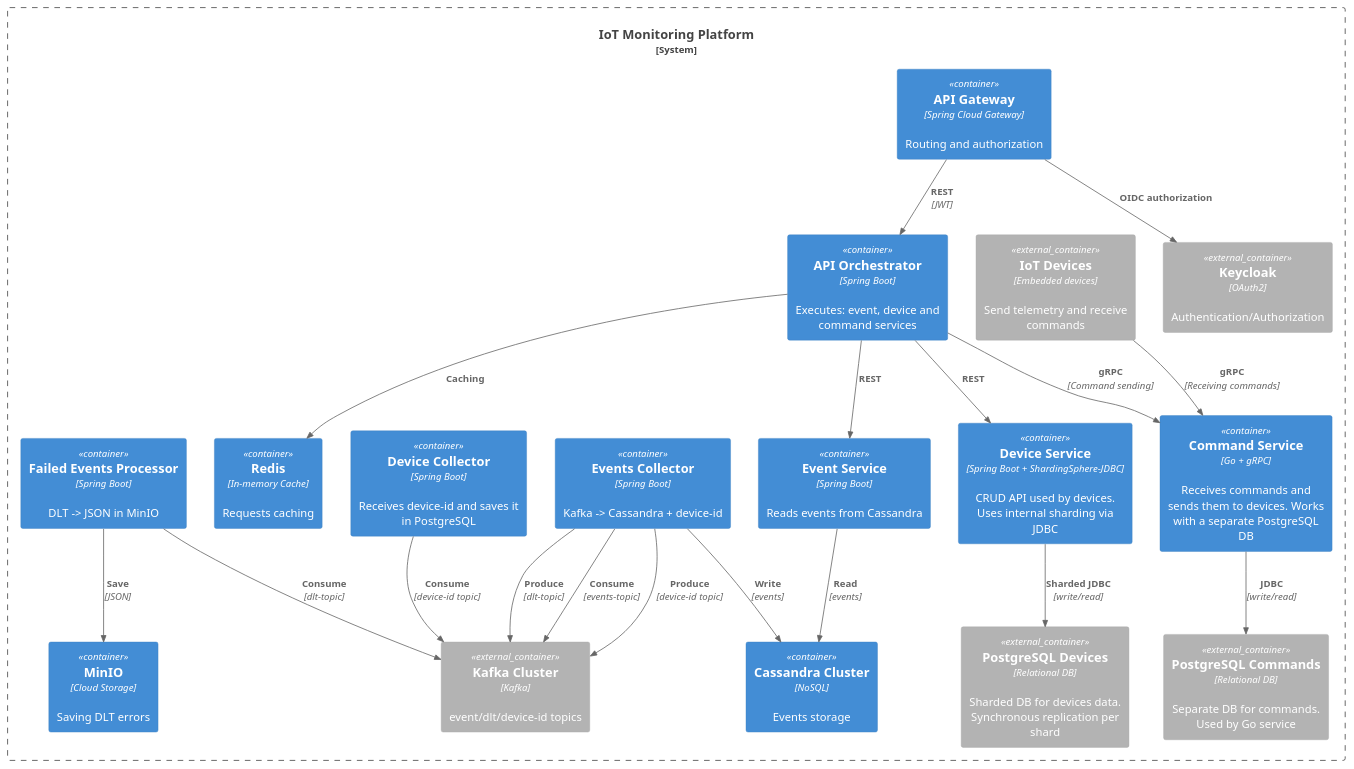
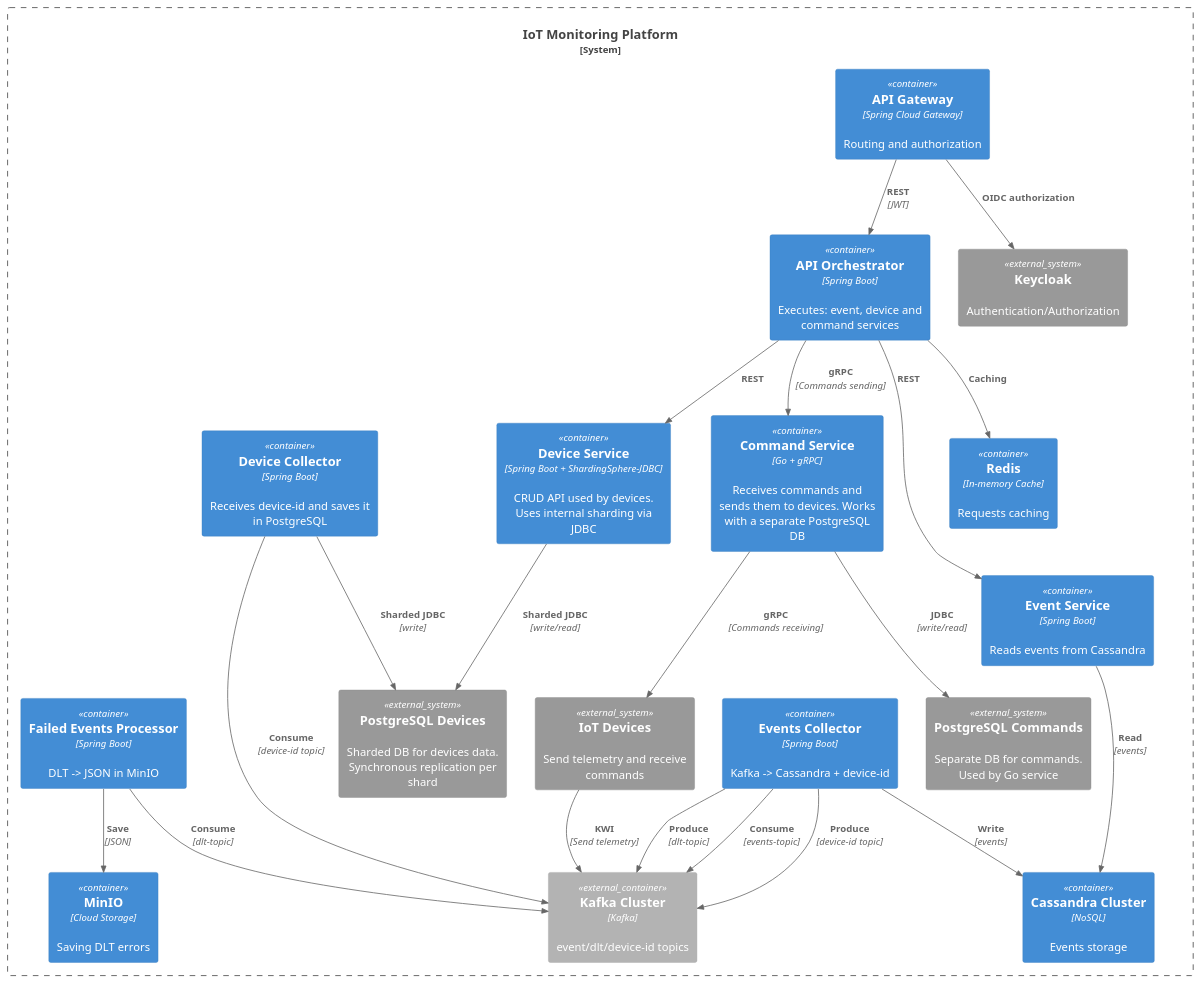
One commit to goracy-kubek/iot-platform-studying changed the diagram in diagrams/containters.puml. Above: the diagram before and after it, drawn with PlantUML.

Commit message:
Update container diagram

```diff
--- a/diagrams/containters.puml
+++ b/diagrams/containters.puml
@@ -1,42 +1,44 @@
 @startuml Context
 !includeurl https://raw.githubusercontent.com/plantuml-stdlib/C4-PlantUML/master/C4_Container.puml
 
 System_Boundary(platform, "IoT Monitoring Platform") {
     Container(api_gateway, "API Gateway", "Spring Cloud Gateway", "Routing and authorization")
     Container(api_orchestrator, "API Orchestrator", "Spring Boot", "Executes: event, device and command services")
     Container(command_service, "Command Service", "Go + gRPC", "Receives commands and sends them to devices. Works with a separate PostgreSQL DB")
     Container(device_service, "Device Service", "Spring Boot + ShardingSphere-JDBC", "CRUD API used by devices. Uses internal sharding via JDBC")
     Container(event_service, "Event Service", "Spring Boot", "Reads events from Cassandra")
     Container(redis, "Redis", "In-memory Cache", "Requests caching")
     Container(events_collector, "Events Collector", "Spring Boot", "Kafka -> Cassandra + device-id")
     Container(device_collector, "Device Collector", "Spring Boot", "Receives device-id and saves it in PostgreSQL")
     Container(failed_events_processor, "Failed Events Processor", "Spring Boot", "DLT -> JSON in MinIO")
     Container(minio, "MinIO", "Cloud Storage", "Saving DLT errors")
     Container(cassandra_cluster, "Cassandra Cluster", "NoSQL", "Events storage")
 
-    Container_Ext(iot_devices, "IoT Devices", "Embedded devices", "Send telemetry and receive commands")
-    Container_Ext(keycloak, "Keycloak", "OAuth2", "Authentication/Authorization")
-    Container_Ext(postgres_commands, "PostgreSQL Commands", "Relational DB", "Separate DB for commands. Used by Go service")
-    Container_Ext(postgres_devices, "PostgreSQL Devices", "Relational DB", "Sharded DB for devices data. Synchronous replication per shard")
     Container_Ext(kafka, "Kafka Cluster", "Kafka", "event/dlt/device-id topics")
+    System_Ext(iot_devices, "IoT Devices", "Send telemetry and receive commands")
+    System_Ext(keycloak, "Keycloak", "Authentication/Authorization")
+    System_Ext(postgres_commands, "PostgreSQL Commands", "Separate DB for commands. Used by Go service")
+    System_Ext(postgres_devices, "PostgreSQL Devices", "Sharded DB for devices data. Synchronous replication per shard")
 }
 
 Rel(api_gateway, keycloak, "OIDC authorization")
 Rel(api_gateway, api_orchestrator, "REST", "JWT")
-Rel(api_orchestrator, command_service, "gRPC", "Command sending")
+Rel(api_orchestrator, command_service, "gRPC", "Commands sending")
 Rel(api_orchestrator, device_service, "REST")
 Rel(api_orchestrator, event_service, "REST")
 Rel(api_orchestrator, redis, "Caching")
 Rel(device_service, postgres_devices, "Sharded JDBC", "write/read")
-Rel(iot_devices, command_service, "gRPC", "Receiving commands")
+Rel(command_service, iot_devices, "gRPC", "Commands receiving")
+Rel(iot_devices, kafka, "KWI", "Send telemetry")
 Rel(command_service, postgres_commands, "JDBC", "write/read")
 Rel(event_service, cassandra_cluster, "Read", "events")
 Rel(events_collector, cassandra_cluster, "Write", "events")
 Rel(events_collector, kafka, "Consume", "events-topic")
 Rel(events_collector, kafka, "Produce", "device-id topic")
 Rel(events_collector, kafka, "Produce", "dlt-topic")
 Rel(device_collector, kafka, "Consume", "device-id topic")
+Rel(device_collector, postgres_devices, "Sharded JDBC", "write")
 Rel(failed_events_processor, kafka, "Consume", "dlt-topic")
 Rel(failed_events_processor, minio, "Save", "JSON")
 
 @enduml
```
